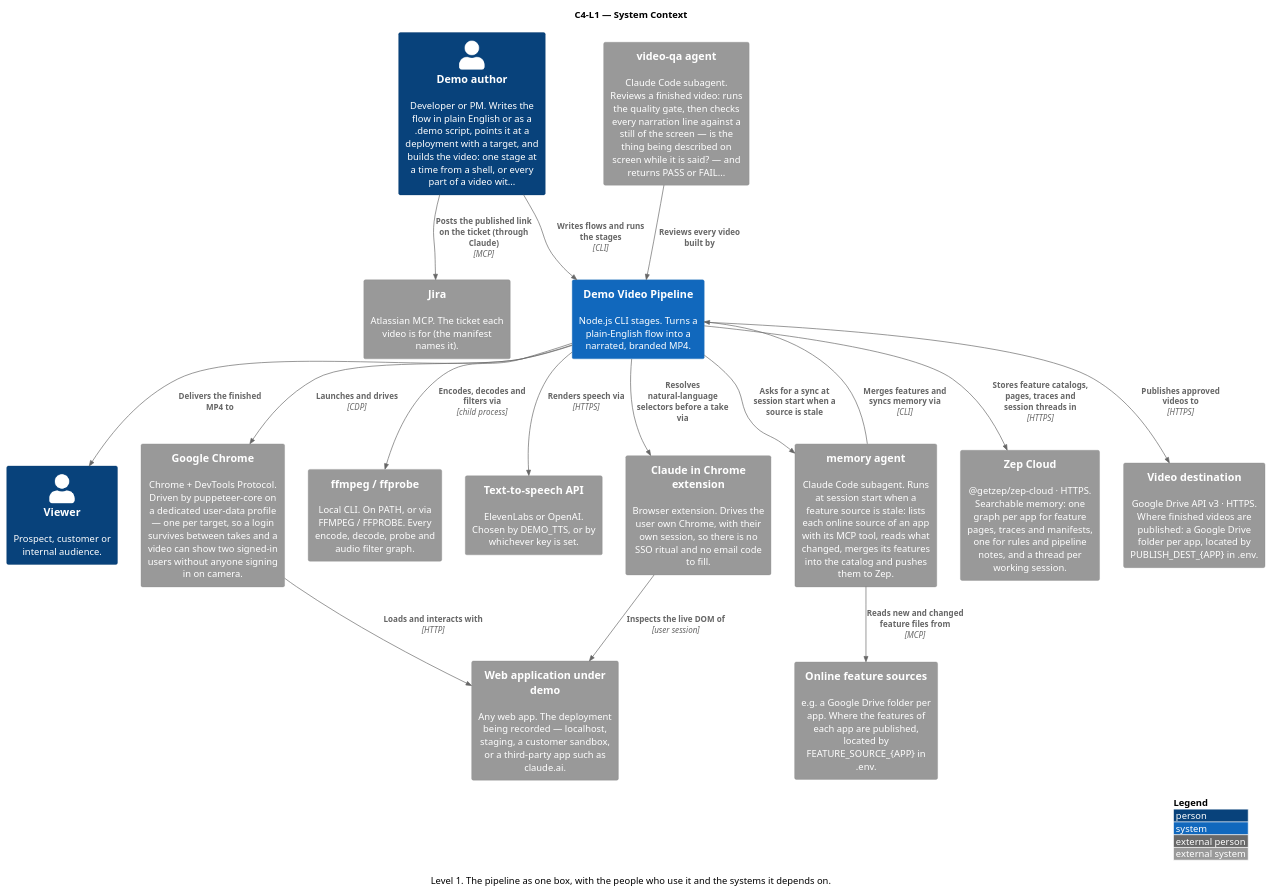
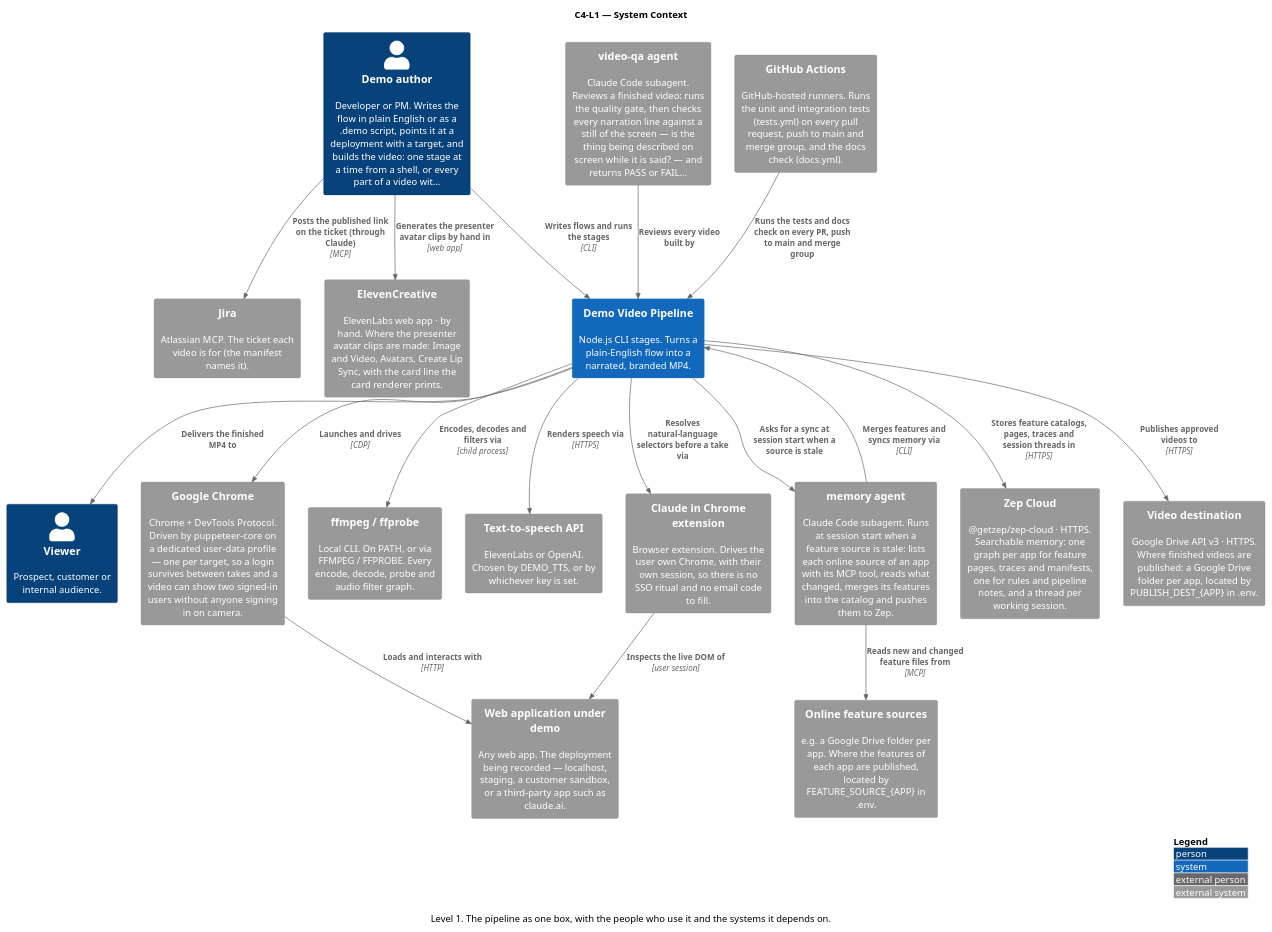
One commit to ssunduko/product-video changed the diagram in docs/c4-l1-context.puml. Above: the diagram before and after it, drawn with PlantUML. The commit also changed 27 other files, not shown here.

```diff
--- a/docs/c4-l1-context.puml
+++ b/docs/c4-l1-context.puml
@@ -1,42 +1,46 @@
 @startuml c4-l1-context
 ' Generated by docs/c4-model.mjs — do not edit; edit the model and re-run.
 !include <C4/C4_Context>
 ' No bundled C4 stdlib? Replace the line above with:
 ' !include https://raw.githubusercontent.com/plantuml-stdlib/C4-PlantUML/master/C4_Context.puml
 
 title C4-L1 — System Context
 caption Level 1. The pipeline as one box, with the people who use it and the systems it depends on.
 
 Person(demo_author, "Demo author", "Developer or PM. Writes the flow in plain English or as a .demo script, points it at a deployment with a target, and builds the video: one stage at a time from a shell, or every part of a video wit...")
 System(demo_video_pipeline, "Demo Video Pipeline", "Node.js CLI stages. Turns a plain-English flow into a narrated, branded MP4.")
 Person(viewer, "Viewer", "Prospect, customer or internal audience.")
 System_Ext(google_chrome, "Google Chrome", "Chrome + DevTools Protocol. Driven by puppeteer-core on a dedicated user-data profile — one per target, so a login survives between takes and a video can show two signed-in users without anyone signing in on camera.")
 System_Ext(web_application_under_demo, "Web application under demo", "Any web app. The deployment being recorded — localhost, staging, a customer sandbox, or a third-party app such as claude.ai.")
 System_Ext(ffmpeg_ffprobe, "ffmpeg / ffprobe", "Local CLI. On PATH, or via FFMPEG / FFPROBE. Every encode, decode, probe and audio filter graph.")
 System_Ext(text_to_speech_api, "Text-to-speech API", "ElevenLabs or OpenAI. Chosen by DEMO_TTS, or by whichever key is set.")
 System_Ext(claude_in_chrome_extension, "Claude in Chrome extension", "Browser extension. Drives the user own Chrome, with their own session, so there is no SSO ritual and no email code to fill.")
 System_Ext(video_qa_agent, "video-qa agent", "Claude Code subagent. Reviews a finished video: runs the quality gate, then checks every narration line against a still of the screen — is the thing being described on screen while it is said? — and returns PASS or FAIL...")
 System_Ext(memory_agent, "memory agent", "Claude Code subagent. Runs at session start when a feature source is stale: lists each online source of an app with its MCP tool, reads what changed, merges its features into the catalog and pushes them to Zep.")
 System_Ext(online_feature_sources, "Online feature sources", "e.g. a Google Drive folder per app. Where the features of each app are published, located by FEATURE_SOURCE_{APP} in .env.")
 System_Ext(zep_cloud, "Zep Cloud", "@getzep/zep-cloud · HTTPS. Searchable memory: one graph per app for feature pages, traces and manifests, one for rules and pipeline notes, and a thread per working session.")
 System_Ext(video_destination, "Video destination", "Google Drive API v3 · HTTPS. Where finished videos are published: a Google Drive folder per app, located by PUBLISH_DEST_{APP} in .env.")
 System_Ext(jira, "Jira", "Atlassian MCP. The ticket each video is for (the manifest names it).")
+System_Ext(elevencreative, "ElevenCreative", "ElevenLabs web app · by hand. Where the presenter avatar clips are made: Image and Video, Avatars, Create Lip Sync, with the card line the card renderer prints.")
+System_Ext(github_actions, "GitHub Actions", "GitHub-hosted runners. Runs the unit and integration tests (tests.yml) on every pull request, push to main and merge group, and the docs check (docs.yml).")
 
 Rel(demo_author, demo_video_pipeline, "Writes flows and runs the stages", "CLI")
 Rel(demo_video_pipeline, claude_in_chrome_extension, "Resolves natural-language selectors before a take via")
 Rel(claude_in_chrome_extension, web_application_under_demo, "Inspects the live DOM of", "user session")
 Rel(demo_video_pipeline, viewer, "Delivers the finished MP4 to")
 Rel(demo_video_pipeline, google_chrome, "Launches and drives", "CDP")
 Rel(google_chrome, web_application_under_demo, "Loads and interacts with", "HTTP")
 Rel(demo_video_pipeline, ffmpeg_ffprobe, "Encodes, decodes and filters via", "child process")
 Rel(demo_video_pipeline, text_to_speech_api, "Renders speech via", "HTTPS")
 Rel(video_qa_agent, demo_video_pipeline, "Reviews every video built by")
 Rel(demo_video_pipeline, zep_cloud, "Stores feature catalogs, pages, traces and session threads in", "HTTPS")
 Rel(demo_video_pipeline, video_destination, "Publishes approved videos to", "HTTPS")
 Rel(demo_author, jira, "Posts the published link on the ticket (through Claude)", "MCP")
 Rel(memory_agent, online_feature_sources, "Reads new and changed feature files from", "MCP")
 Rel(memory_agent, demo_video_pipeline, "Merges features and syncs memory via", "CLI")
 Rel(demo_video_pipeline, memory_agent, "Asks for a sync at session start when a source is stale")
+Rel(demo_author, elevencreative, "Generates the presenter avatar clips by hand in", "web app")
+Rel(github_actions, demo_video_pipeline, "Runs the tests and docs check on every PR, push to main and merge group")
 
 LAYOUT_WITH_LEGEND()
 @enduml
```
